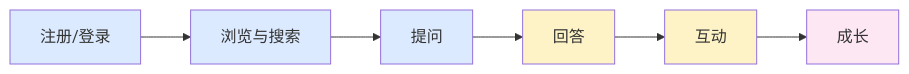
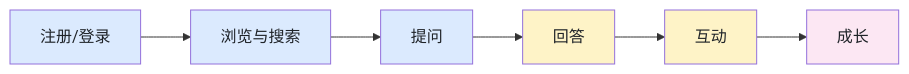
Before and after one commit to H-Canopy/campus-overflow: the diagram in docs/backlog/story-map.md, drawn with Mermaid.

Commit message:
docs: 故事地图节点补文字颜色，修复深色模式下字看不清

````diff
--- a/docs/backlog/story-map.md
+++ b/docs/backlog/story-map.md
@@ -8,14 +8,14 @@
 ```mermaid
 flowchart LR
     A[注册/登录] --> B[浏览与搜索]
     B --> C[提问]
     C --> D[回答]
     D --> E[互动]
     E --> F[成长]
-    style A fill:#dbeafe
-    style B fill:#dbeafe
-    style C fill:#dbeafe
-    style D fill:#fef3c7
-    style E fill:#fef3c7
-    style F fill:#fce7f3
+    style A fill:#dbeafe,color:#1f2328
+    style B fill:#dbeafe,color:#1f2328
+    style C fill:#dbeafe,color:#1f2328
+    style D fill:#fef3c7,color:#1f2328
+    style E fill:#fef3c7,color:#1f2328
+    style F fill:#fce7f3,color:#1f2328
 ```
````
